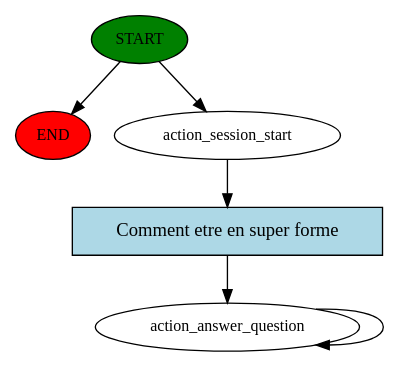
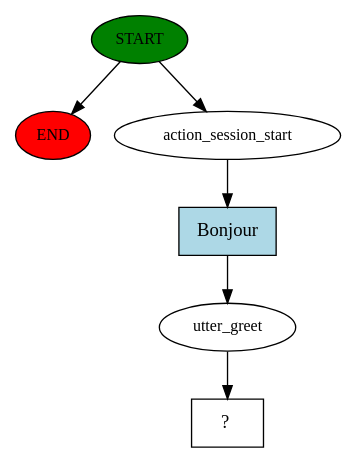
Before and after one commit to yattdev/Jady: the diagram in jady/story_graph.dot, drawn with Graphviz. The commit also changed 8 other files, not shown here.

```diff
--- a/jady/story_graph.dot
+++ b/jady/story_graph.dot
@@ -1,12 +1,13 @@
 digraph  {
 0 [class="start active", fillcolor=green, fontsize=12, label=START, style=filled];
 "-1" [class=end, fillcolor=red, fontsize=12, label=END, style=filled];
 1 [class=active, fontsize=12, label=action_session_start];
-2 [class="active dashed", fontsize=12, label=action_answer_question];
-4 [class="intent active", fillcolor=lightblue, label="Comment etre en super forme", shape=rect, style=filled];
+2 [class=active, fontsize=12, label=utter_greet];
+3 [class="intent dashed active", label="  ?  ", shape=rect];
+4 [class="intent active", fillcolor=lightblue, label=Bonjour, shape=rect, style=filled];
 0 -> "-1"  [class="", key=NONE, label=""];
 0 -> 1  [class=active, key=NONE, label=""];
 1 -> 4  [class=active, key=0];
-2 -> 2  [class=active, key=NONE, label=""];
+2 -> 3  [class=active, key=NONE, label=""];
 4 -> 2  [class=active, key=0];
 }
```
